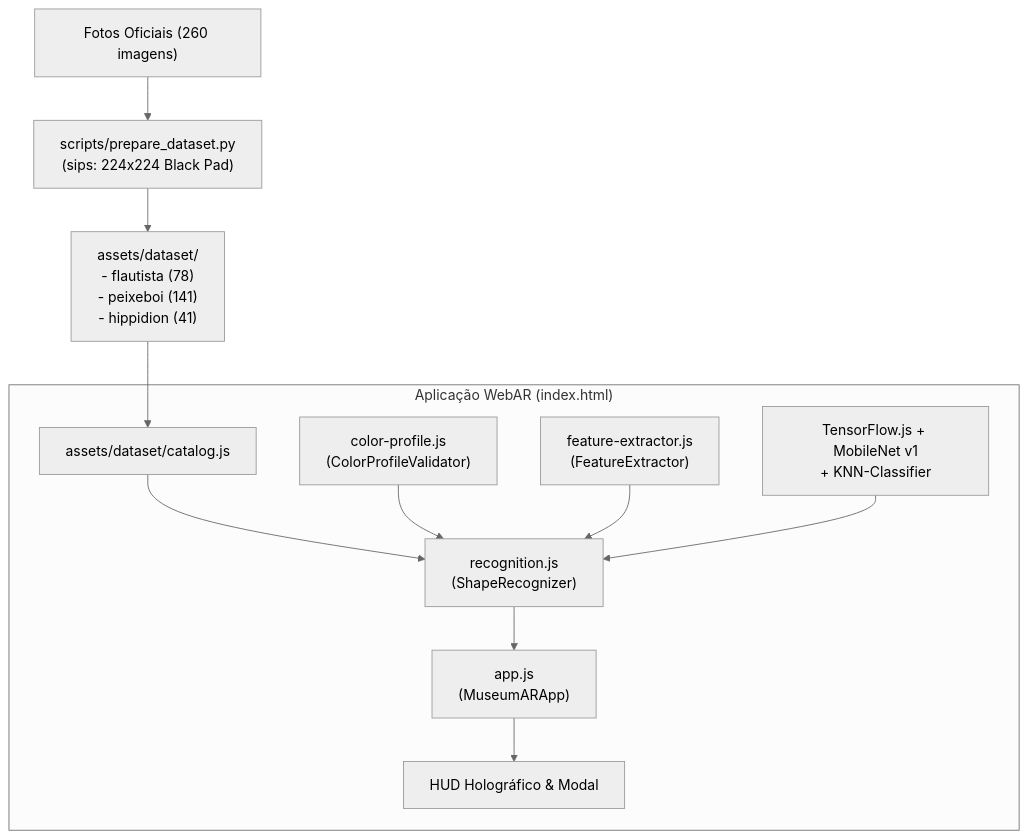
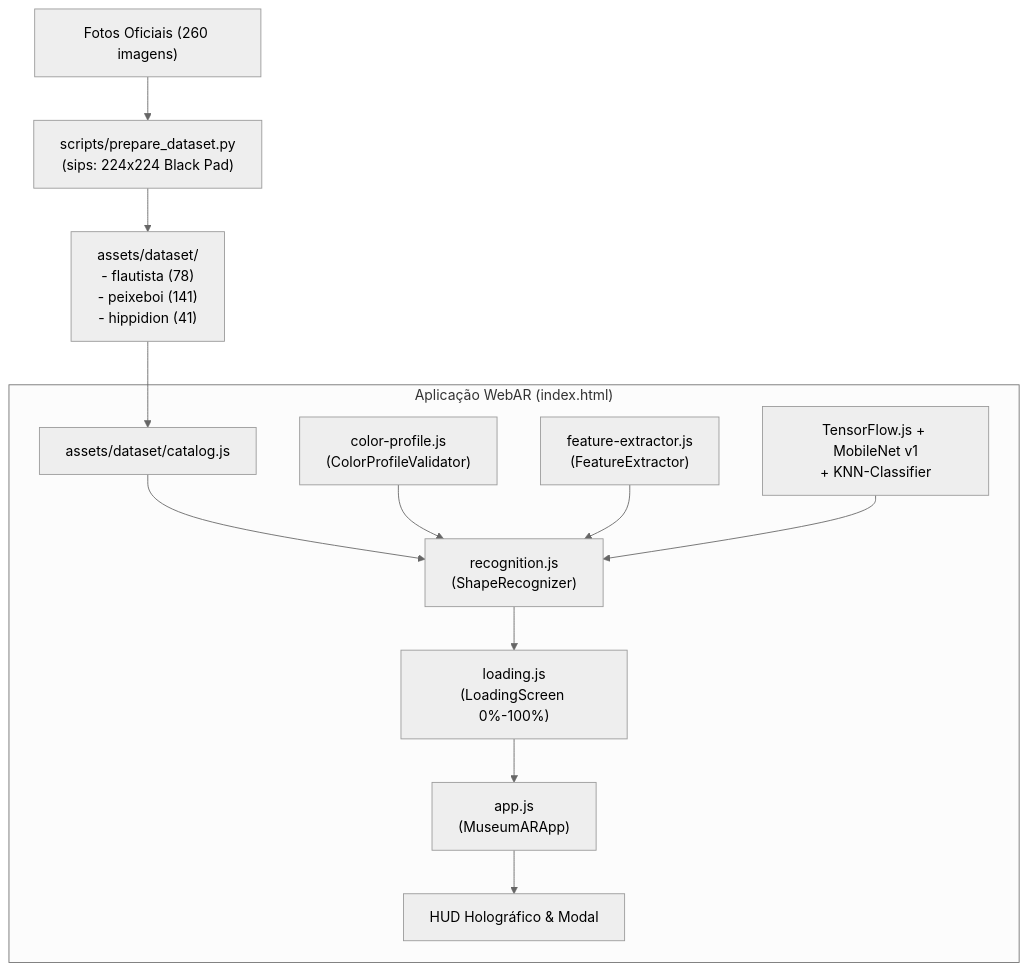
One commit to rennan101/RecnPlay_Museu changed the diagram in docs/MOC.md. Above: the diagram before and after it, drawn with Mermaid (neutral theme). The commit also changed other lines of this file and 6 other files, not shown here.

First line of the commit message:
Add neural calibration loading screen

````diff
--- a/docs/MOC.md
+++ b/docs/MOC.md
@@ -9,16 +9,17 @@
 ```mermaid
 flowchart TD
     ACERVO["Fotos Oficiais (260 imagens)"] --> SIPS["scripts/prepare_dataset.py<br/>(sips: 224x224 Black Pad)"]
     SIPS --> DATASET["assets/dataset/<br/>- flautista (78)<br/>- peixeboi (141)<br/>- hippidion (41)"]
     DATASET --> CATALOG["assets/dataset/catalog.js"]
     
     subgraph WebAR ["Aplicação WebAR (index.html)"]
         CATALOG --> RECOG["recognition.js<br/>(ShapeRecognizer)"]
         COLOR["color-profile.js<br/>(ColorProfileValidator)"] --> RECOG
         EDGES["feature-extractor.js<br/>(FeatureExtractor)"] --> RECOG
         TFJS["TensorFlow.js + MobileNet v1<br/>+ KNN-Classifier"] --> RECOG
         
-        RECOG --> APP["app.js<br/>(MuseumARApp)"]
+        RECOG --> LOAD["loading.js<br/>(LoadingScreen 0%-100%)"]
+        LOAD --> APP["app.js<br/>(MuseumARApp)"]
         APP --> HUD["HUD Holográfico &amp; Modal"]
     end
 ```
````
